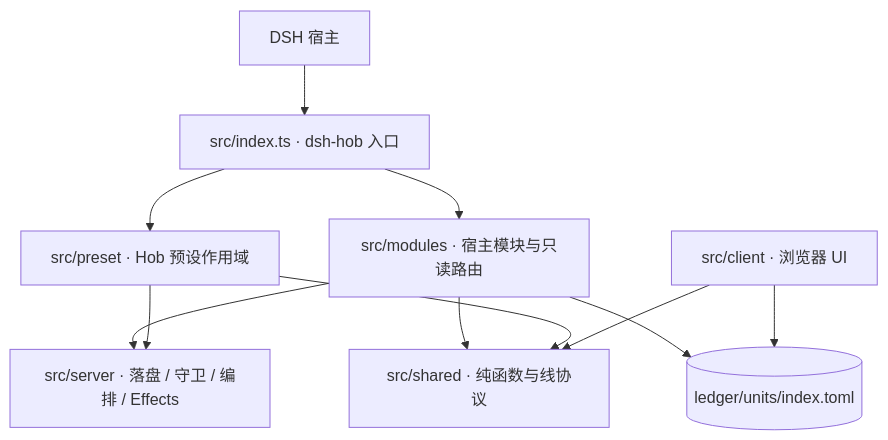
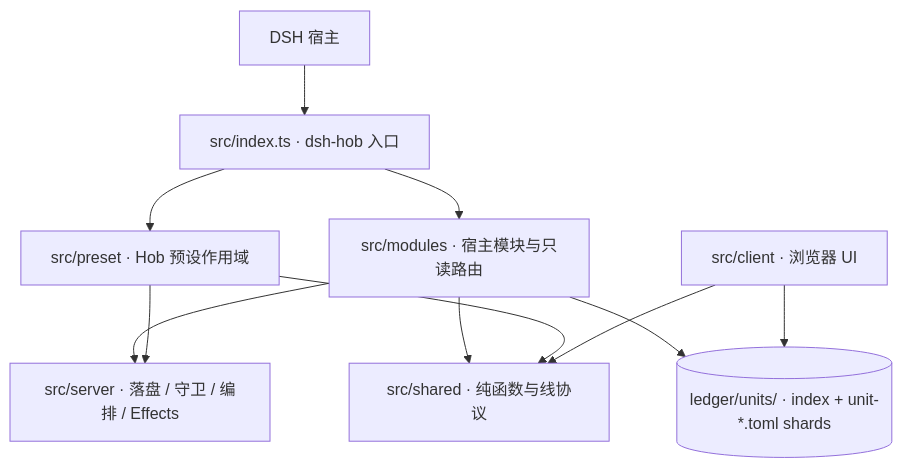
The second of 2 diagrams in kit/drafts/architecture-overview.md (Fishsb/DSH-HOB), drawn with Mermaid before and after one commit. The commit also changed other lines of this file and 30 other files, not shown here.

Commit message:
fix-ledger-shards

````diff
--- a/kit/drafts/architecture-overview.md
+++ b/kit/drafts/architecture-overview.md
@@ -28,22 +28,22 @@
 ```mermaid
 flowchart TB
   Host[DSH 宿主]
   Entry[src/index.ts · dsh-hob 入口]
   Modules[src/modules · 宿主模块与只读路由]
   PresetScope[src/preset · Hob 预设作用域]
   Server[src/server · 落盘 / 守卫 / 编排 / Effects]
   Shared[src/shared · 纯函数与线协议]
   Client[src/client · 浏览器 UI]
-  Ledger[(ledger/units/index.toml)]
+  Ledger[(ledger/units/ · index + unit-*.toml shards)]
 
   Host --> Entry
   Entry --> Modules
   Entry --> PresetScope
   Modules --> Server
   Modules --> Shared
   PresetScope --> Server
   PresetScope --> Shared
   Client --> Shared
   Modules --> Ledger
   Client --> Ledger
 ```
````
